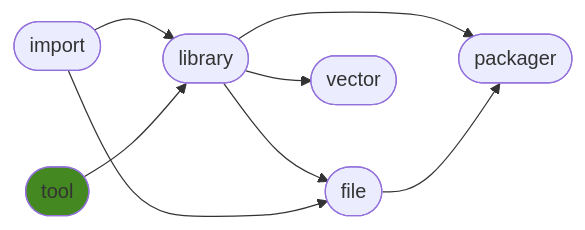
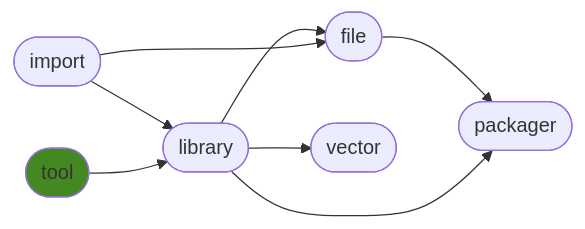
One commit to ManderaGeneral/generaltool changed the diagram in README.md. Above: the diagram before and after it, drawn with Mermaid. The commit also changed other lines of this file, not shown here.

````diff
--- a/README.md
+++ b/README.md
@@ -23,17 +23,17 @@
 ```mermaid
 flowchart LR
+3([file]) --> 5([packager])
 2([library]) --> 5([packager])
+2([library]) --> 3([file])
 0([import]) --> 2([library])
-2([library]) --> 3([file])
-3([file]) --> 5([packager])
+1([tool]) --> 2([library])
 2([library]) --> 4([vector])
-1([tool]) --> 2([library])
 0([import]) --> 3([file])
 click 0 "https://github.com/ManderaGeneral/generalimport"
 click 1 "https://github.com/ManderaGeneral/generaltool"
 click 2 "https://github.com/ManderaGeneral/generallibrary"
 click 3 "https://github.com/ManderaGeneral/generalfile"
 click 4 "https://github.com/ManderaGeneral/generalvector"
 click 5 "https://github.com/ManderaGeneral/generalpackager"
 style 1 fill:#482
 ```
````
